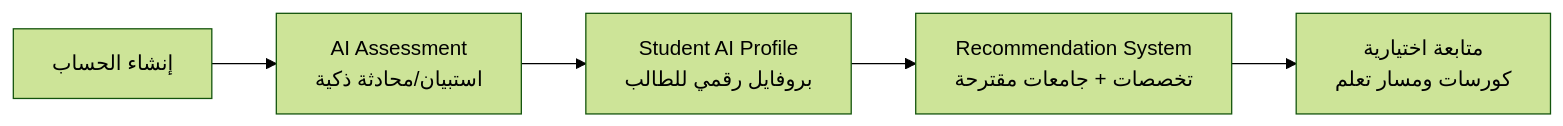
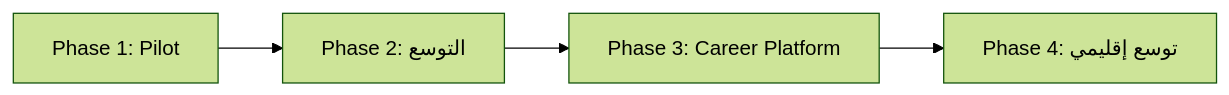
One commit to nextstepai12-wq/NextStep12-AI changed the diagram in README.md. Above: the diagram before and after it, drawn with Mermaid (forest theme). The commit also changed other lines of this file, not shown here.

````diff
--- a/README.md
+++ b/README.md
@@ -81,7 +214,6 @@
 ```mermaid
-flowchart LR
-    A[إنشاء الحساب] --> B[AI Assessment<br/>استبيان/محادثة ذكية]
-    B --> C[Student AI Profile<br/>بروفايل رقمي للطالب]
-    C --> D[Recommendation System<br/>تخصصات + جامعات مقترحة]
-    D --> E[متابعة اختيارية<br/>كورسات ومسار تعلم]
+graph LR
+    A[Phase 1: Pilot] --> B[Phase 2: التوسع]
+    B --> C[Phase 3: Career Platform]
+    C --> D[Phase 4: توسع إقليمي]
 ```
````
